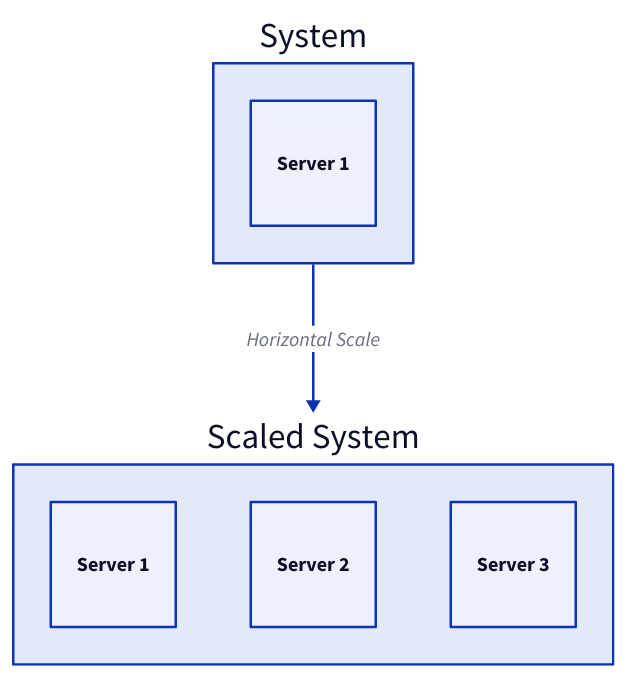
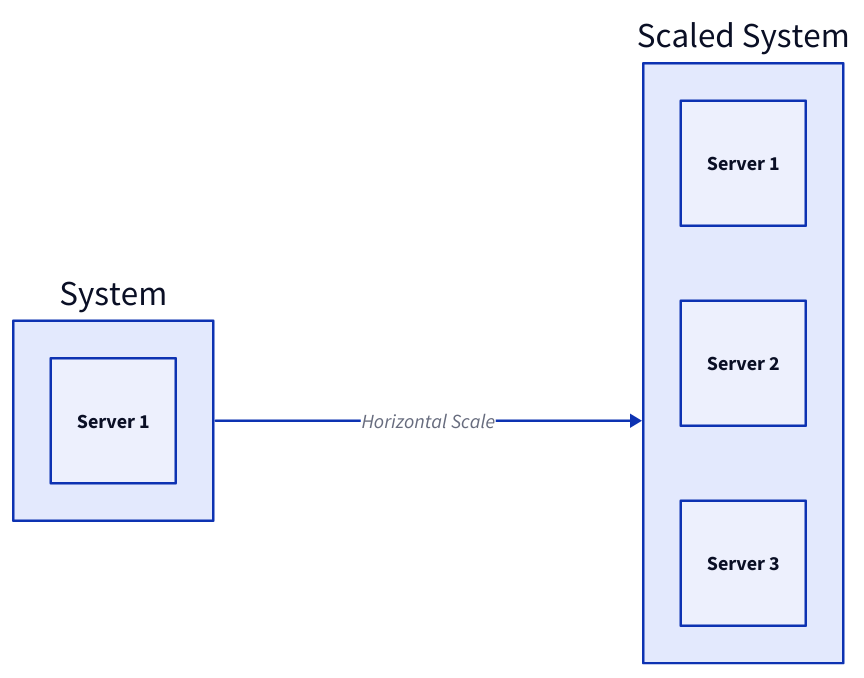
Before and after one commit to link1905/system-design-101: the second of 14 diagrams in content/docs/web-service/microservice.md, drawn with D2. The commit also changed other lines of this file and 14 other files, not shown here.

````diff
--- a/content/docs/web-service/microservice.md
+++ b/content/docs/web-service/microservice.md
@@ -58,28 +58,28 @@
 ```d2
-direction: down
+direction: right
 c1: "System" {
     server1: Server 1 {
         class: server
         width: 100
         height: 100
     }
 }
 c2: "Scaled System" {
     server1: Server 1 {
         class: server
         width: 100
         height: 100
     }
     server2: Server 2 {
         class: server
         width: 100
         height: 100
     }
     server3: Server 3 {
         class: server
         width: 100
         height: 100
     }
 }
 c1 -> c2: Horizontal Scale
 ```
````
